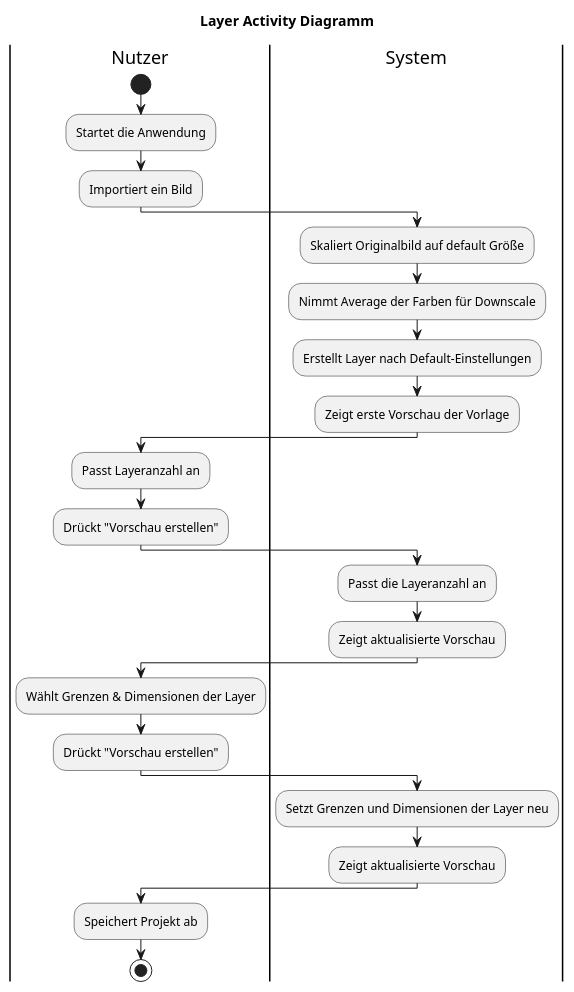
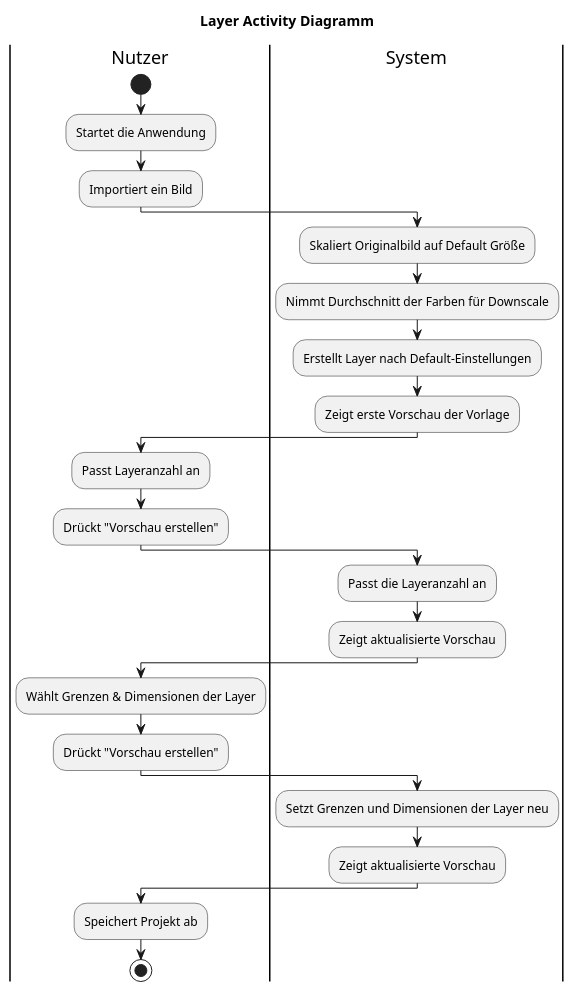
Before and after one commit to Karma-chocolate/SWE-Labor: the diagram in ActivityDiaBildvorschau.puml, drawn with PlantUML.

```diff
--- a/ActivityDiaBildvorschau.puml
+++ b/ActivityDiaBildvorschau.puml
@@ -1,34 +1,34 @@
 @startuml
 title Layer Activity Diagramm
 
 |Nutzer|
 start
 :Startet die Anwendung;
 :Importiert ein Bild;
 
 |System|
-:Skaliert Originalbild auf default Größe;
-:Nimmt Average der Farben für Downscale;
+:Skaliert Originalbild auf Default Größe;
+:Nimmt Durchschnitt der Farben für Downscale;
 :Erstellt Layer nach Default-Einstellungen;
 :Zeigt erste Vorschau der Vorlage;
 
 |Nutzer|
 :Passt Layeranzahl an;
 :Drückt "Vorschau erstellen";
 
 |System|
 :Passt die Layeranzahl an;
 :Zeigt aktualisierte Vorschau;
 
 |Nutzer|
 :Wählt Grenzen & Dimensionen der Layer;
 :Drückt "Vorschau erstellen";
 
 |System|
 :Setzt Grenzen und Dimensionen der Layer neu;
 :Zeigt aktualisierte Vorschau;
 
 |Nutzer|
 :Speichert Projekt ab;
 stop
 @enduml 
```
